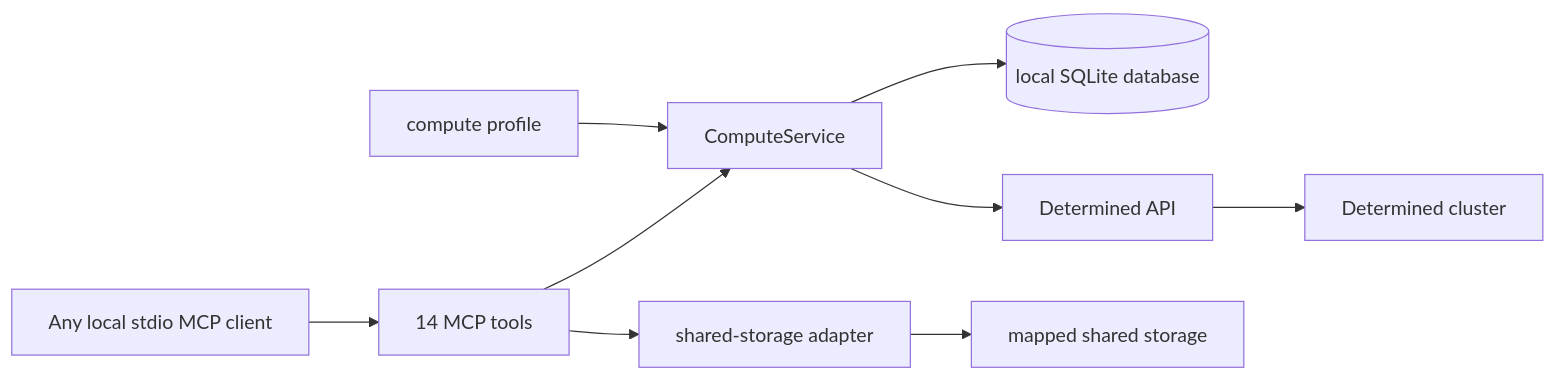
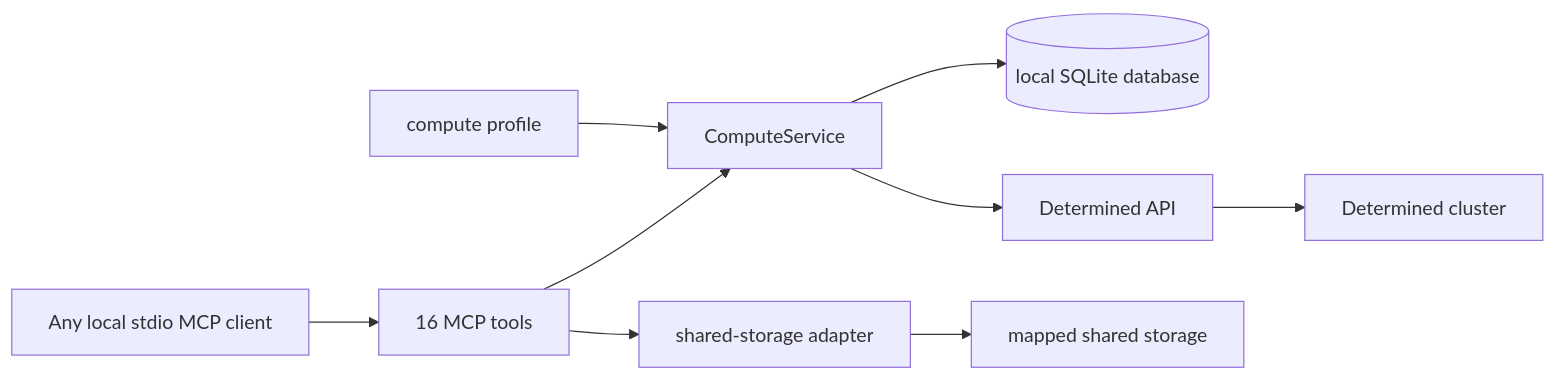
Before and after one commit to WU-CVGL/determined_cluster_mcp: the diagram in docs/compute-service.md, drawn with Mermaid. The commit also changed other lines of this file and 16 other files, not shown here.

````diff
--- a/docs/compute-service.md
+++ b/docs/compute-service.md
@@ -11,11 +11,11 @@
 ```mermaid
 flowchart LR
-    U[Any local stdio MCP client] --> M[14 MCP tools]
+    U[Any local stdio MCP client] --> M[16 MCP tools]
     M --> C[ComputeService]
     C --> D[(local SQLite database)]
     C --> A[Determined API]
     A --> K[Determined cluster]
     P[compute profile] --> C
     M --> S[shared-storage adapter]
     S --> H[mapped shared storage]
 ```
````
